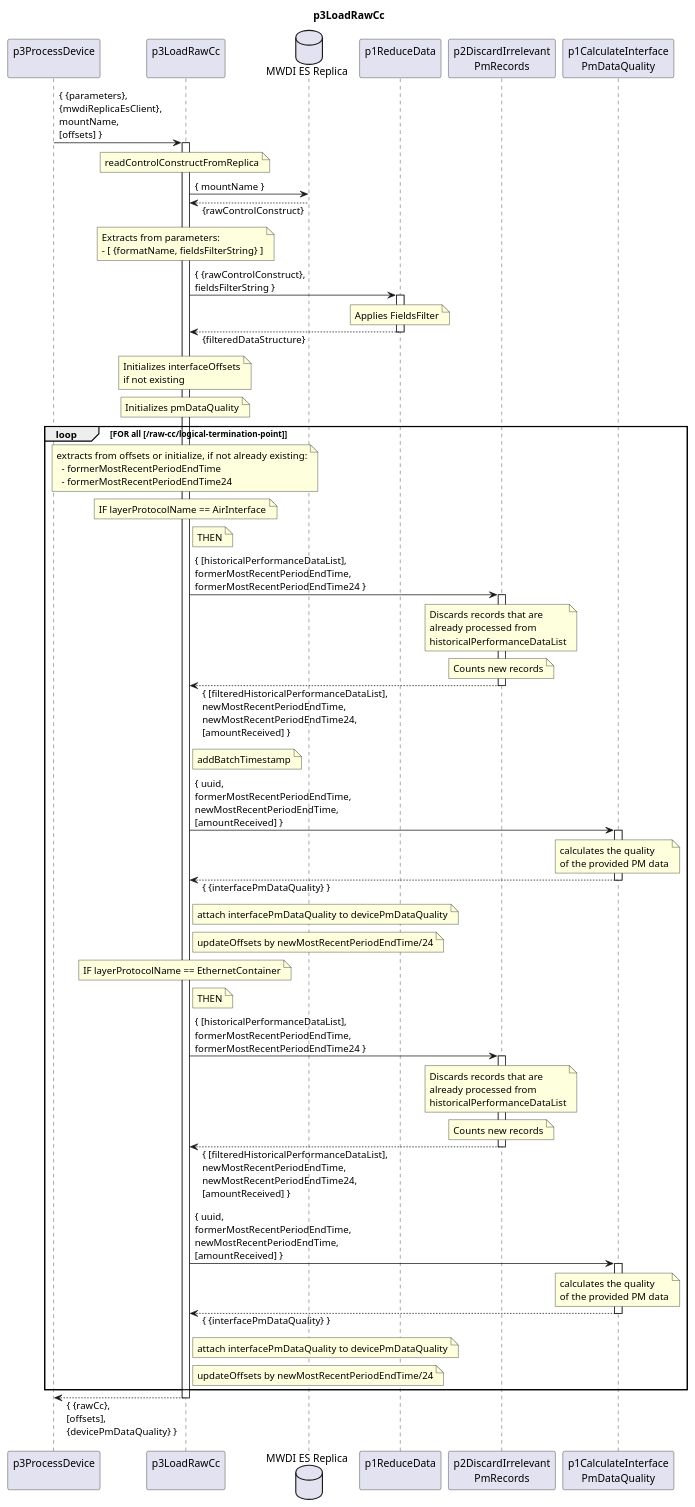
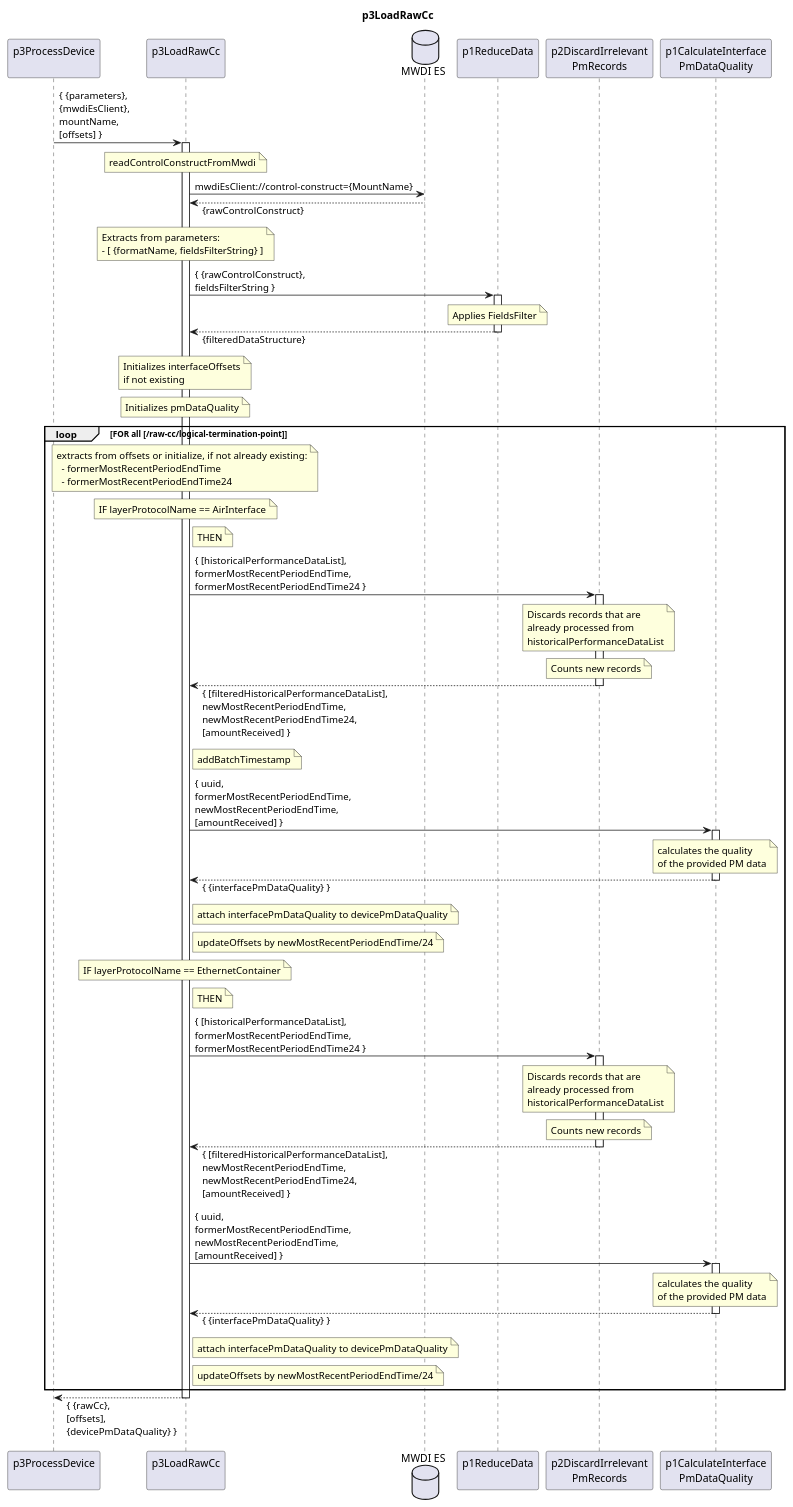
Before and after one commit to openBackhaul/DevicePerformanceManagementDataProcessor: the diagram in spec/Functions/__new and changed functions/p3LoadRawCc/1.0.0/p3LoadRawCc.plantuml, drawn with PlantUML. The commit also changed 1 other file, not shown here.

```diff
--- a/spec/Functions/__new and changed functions/p3LoadRawCc/1.0.0/p3LoadRawCc.plantuml
+++ b/spec/Functions/__new and changed functions/p3LoadRawCc/1.0.0/p3LoadRawCc.plantuml
@@ -1,147 +1,147 @@
 @startuml p3LoadRawCc
 skinparam responseMessageBelowArrow true
 
 title
   p3LoadRawCc
 end title
 
 participant "p3ProcessDevice\n" as requestor
 participant "p3LoadRawCc\n" as cur
-database "MWDI ES Replica" as MwdiEs
+database "MWDI ES" as MwdiEs
 participant "p1ReduceData\n" as fieldsFilter
 participant "p2DiscardIrrelevant\nPmRecords" as filterPm
 participant "p1CalculateInterface\nPmDataQuality" as calPmQual
 
-requestor -> cur: { {parameters},\n{mwdiReplicaEsClient},\nmountName,\n[offsets] }
+requestor -> cur: { {parameters},\n{mwdiEsClient},\nmountName,\n[offsets] }
 activate cur
 
   note over cur
-    readControlConstructFromReplica
+    readControlConstructFromMwdi
   end note
-  cur -> MwdiEs: { mountName }
+  cur -> MwdiEs: mwdiEsClient://control-construct={MountName}
   cur <-- MwdiEs: {rawControlConstruct}
 
   note over cur
     Extracts from parameters:
     - [ {formatName, fieldsFilterString} ]
   end note
 
   cur -> fieldsFilter: { {rawControlConstruct},\nfieldsFilterString }
   activate fieldsFilter
     note over fieldsFilter
       Applies FieldsFilter
     end note
   cur <-- fieldsFilter: {filteredDataStructure}
   deactivate fieldsFilter
 
   note over cur
     Initializes interfaceOffsets
     if not existing
   end note
 
   note over cur
     Initializes pmDataQuality
   end note
 
   loop FOR all [/raw-cc/logical-termination-point]
 
     note over cur
       extracts from offsets or initialize, if not already existing:
         - formerMostRecentPeriodEndTime
         - formerMostRecentPeriodEndTime24
     end note
 
     note over cur
       IF layerProtocolName == AirInterface
     end note
 
     note right cur
       THEN
     end note
 
     cur -> filterPm: { [historicalPerformanceDataList],\nformerMostRecentPeriodEndTime,\nformerMostRecentPeriodEndTime24 }
     activate filterPm
 
       note over filterPm
         Discards records that are
         already processed from
         historicalPerformanceDataList
       end note
       note over filterPm
         Counts new records
       end note
 
     cur <-- filterPm: { [filteredHistoricalPerformanceDataList],\nnewMostRecentPeriodEndTime,\nnewMostRecentPeriodEndTime24,\n[amountReceived] }
     deactivate filterPm
 
     note right cur
       addBatchTimestamp
     end note
 
     cur -> calPmQual: { uuid,\nformerMostRecentPeriodEndTime,\nnewMostRecentPeriodEndTime,\n[amountReceived] }
     activate calPmQual
 
       note over calPmQual
         calculates the quality
         of the provided PM data
       end note
 
     cur <-- calPmQual: { {interfacePmDataQuality} }
     deactivate calPmQual
 
     note right cur
       attach interfacePmDataQuality to devicePmDataQuality
     end note
 
     note right cur
       updateOffsets by newMostRecentPeriodEndTime/24
     end note
 
     note over cur
       IF layerProtocolName == EthernetContainer
     end note
 
     note right cur
       THEN
     end note
 
     cur -> filterPm: { [historicalPerformanceDataList],\nformerMostRecentPeriodEndTime,\nformerMostRecentPeriodEndTime24 }
     activate filterPm
 
       note over filterPm
       Discards records that are
       already processed from
       historicalPerformanceDataList
     end note
     note over filterPm
       Counts new records
     end note
 
     cur <-- filterPm: { [filteredHistoricalPerformanceDataList],\nnewMostRecentPeriodEndTime,\nnewMostRecentPeriodEndTime24,\n[amountReceived] }
     deactivate filterPm
 
     cur -> calPmQual: { uuid,\nformerMostRecentPeriodEndTime,\nnewMostRecentPeriodEndTime,\n[amountReceived] }
     activate calPmQual
 
       note over calPmQual
         calculates the quality
         of the provided PM data
       end note
 
     cur <-- calPmQual: { {interfacePmDataQuality} }
     deactivate calPmQual
 
     note right cur
       attach interfacePmDataQuality to devicePmDataQuality
     end note
 
     note right cur
       updateOffsets by newMostRecentPeriodEndTime/24
     end note
 
   end loop
 
 requestor <-- cur: { {rawCc},\n[offsets],\n{devicePmDataQuality} }
 deactivate cur
 
 @enduml
```
